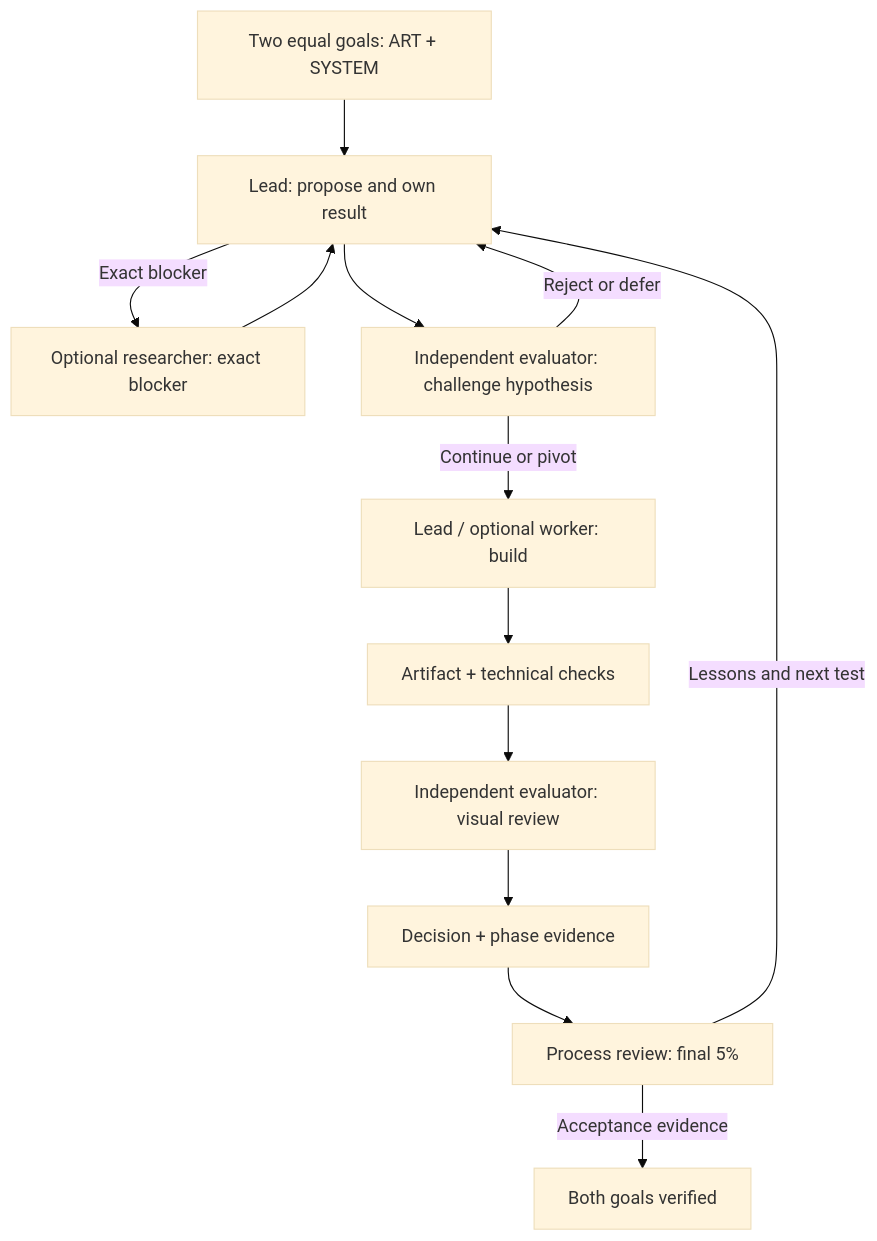
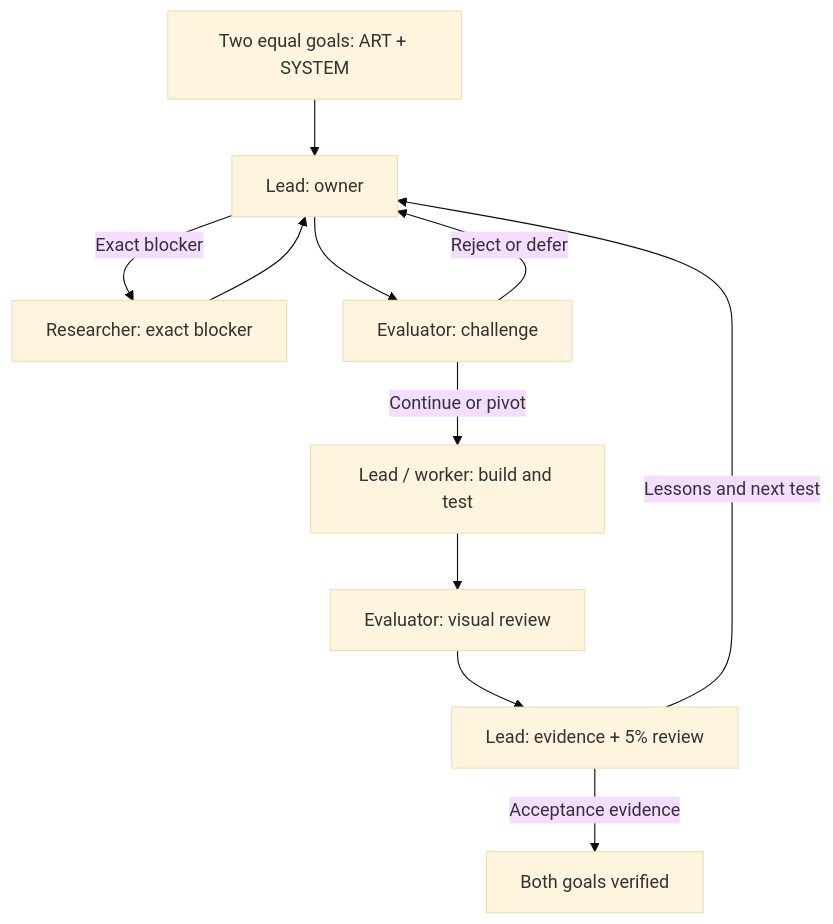
Before and after one commit to akaiyol/the-great-wave-of-kanagawa: the diagram in README.md, drawn with Mermaid (base theme). The commit also changed 1 other file, not shown here.

Commit message:
Keep the README architecture summary compact

````diff
--- a/README.md
+++ b/README.md
@@ -18,25 +18,21 @@
 ```mermaid
 flowchart TD
   n_Goals["Two equal goals: ART + SYSTEM"]
-  n_Lead["Lead: propose and own result"]
-  n_Research["Optional researcher: exact blocker"]
-  n_Strategy["Independent evaluator: challenge hypothesis"]
-  n_Build["Lead / optional worker: build"]
-  n_Artifact["Artifact + technical checks"]
-  n_Visual["Independent evaluator: visual review"]
-  n_Record["Decision + phase evidence"]
-  n_Process["Process review: final 5%"]
+  n_Lead["Lead: owner"]
+  n_Research["Researcher: exact blocker"]
+  n_Strategy["Evaluator: challenge"]
+  n_Build["Lead / worker: build and test"]
+  n_Visual["Evaluator: visual review"]
+  n_Process["Lead: evidence + 5% review"]
   n_Result["Both goals verified"]
   n_Goals --> n_Lead
   n_Lead -->|"Exact blocker"| n_Research
   n_Research --> n_Lead
   n_Lead --> n_Strategy
   n_Strategy -->|"Continue or pivot"| n_Build
   n_Strategy -->|"Reject or defer"| n_Lead
-  n_Build --> n_Artifact
-  n_Artifact --> n_Visual
-  n_Visual --> n_Record
-  n_Record --> n_Process
+  n_Build --> n_Visual
+  n_Visual --> n_Process
   n_Process -->|"Lessons and next test"| n_Lead
   n_Process -->|"Acceptance evidence"| n_Result
 ```
````
